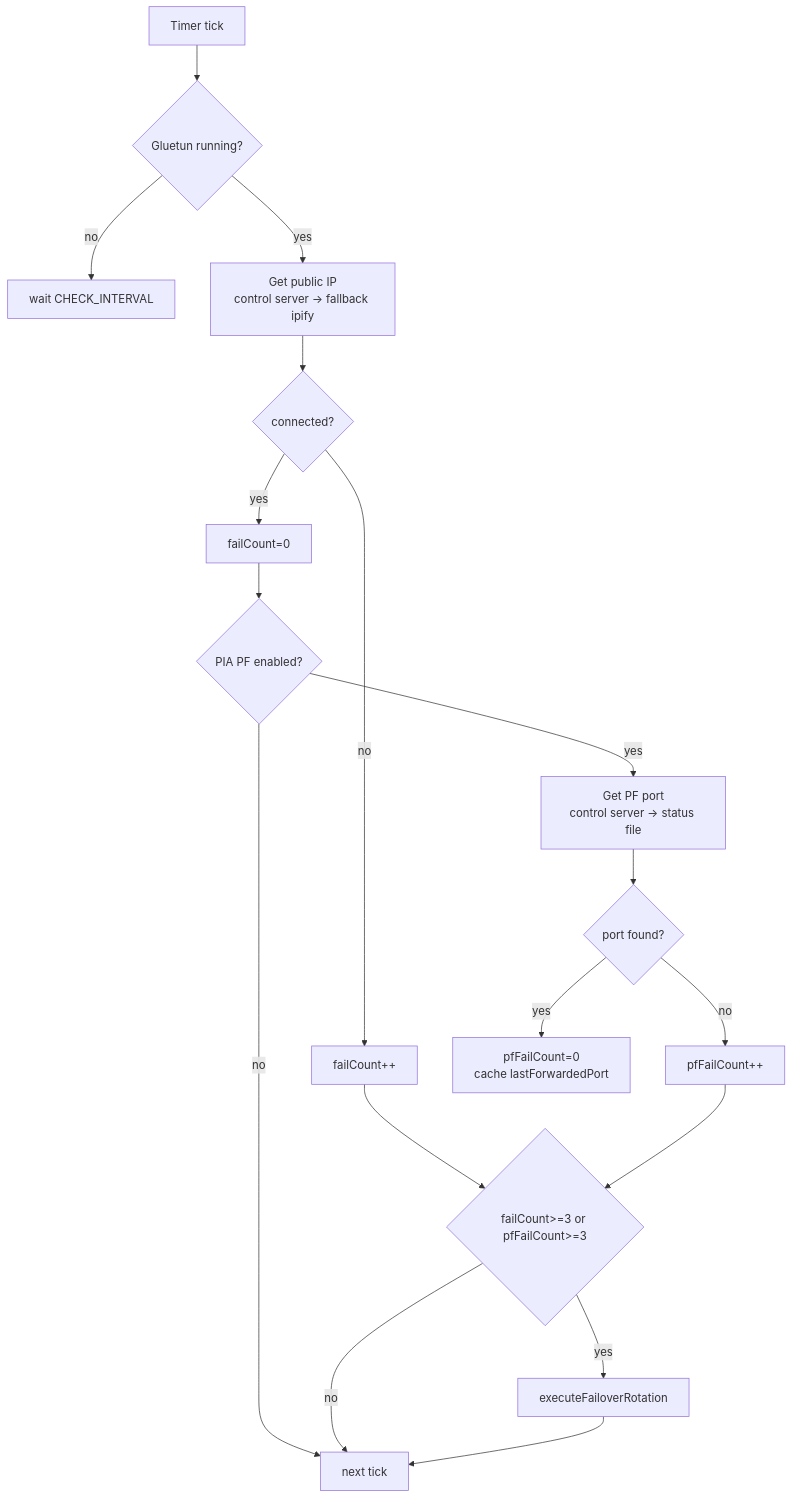
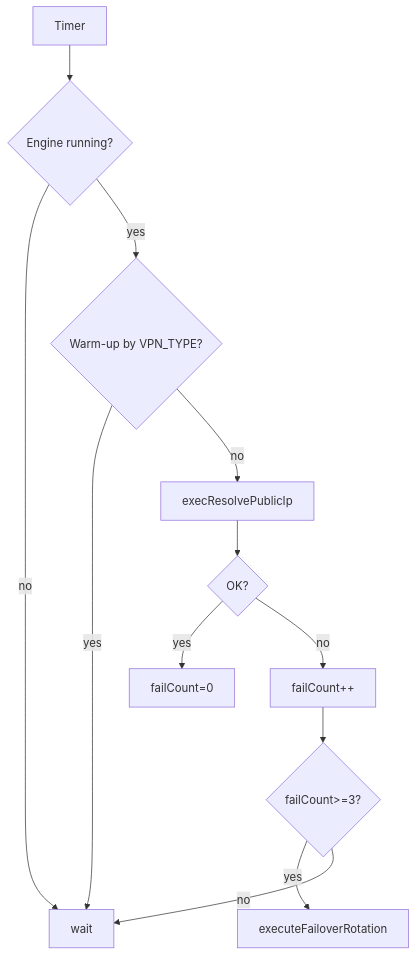
One commit to raddadengineer/gluetun-gui changed the fourth of 4 diagrams in docs/ARCHITECTURE.md. Above: the diagram before and after it, drawn with Mermaid. The commit also changed other lines of this file and 7 other files, not shown here.

First line of the commit message:
feat: enhance README and architecture documentation, improve dashboard functionality

````diff
--- a/docs/ARCHITECTURE.md
+++ b/docs/ARCHITECTURE.md
@@ -126,22 +125,14 @@
 ```mermaid
 flowchart TD
-  A[Timer tick] --> B{Gluetun running?}
-  B -- no --> T[wait CHECK_INTERVAL]
-  B -- yes --> C[Get public IP<br/>control server -> fallback ipify]
-  C --> D{connected?}
-  D -- no --> F[failCount++]
-  D -- yes --> G[failCount=0]
-
-  G --> H{PIA PF enabled?}
-  H -- no --> N[next tick]
-  H -- yes --> I[Get PF port<br/>control server -> status file]
-  I --> J{port found?}
-  J -- no --> K[pfFailCount++]
-  J -- yes --> L[pfFailCount=0<br/>cache lastForwardedPort]
-
-  F --> M{failCount>=3 or pfFailCount>=3}
-  K --> M
-  M -- yes --> R[executeFailoverRotation]
-  M -- no --> N
-  R --> N
+  T[Timer] --> R{Engine running?}
+  R -- no --> W[wait]
+  R -- yes --> U{Warm-up by VPN_TYPE?}
+  U -- yes --> W
+  U -- no --> P[execResolvePublicIp]
+  P --> C{OK?}
+  C -- yes --> Z[failCount=0]
+  C -- no --> F[failCount++]
+  F --> X{failCount>=3?}
+  X -- yes --> ROT[executeFailoverRotation]
+  X -- no --> W
 ```
````
